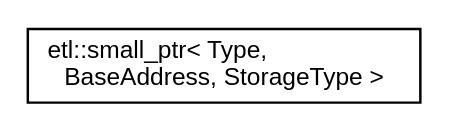
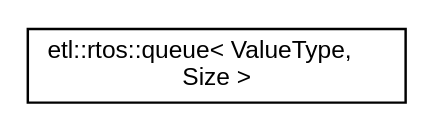
One commit to tobanteAudio/taetl changed the diagram in inherit_graph_76.dot. Above: the diagram before and after it, drawn with Graphviz. The commit also changed 223 other files, not shown here.

```diff
--- a/inherit_graph_76.dot
+++ b/inherit_graph_76.dot
@@ -1,7 +1,7 @@
 digraph "Graphical Class Hierarchy"
 {
   edge [fontname="Helvetica",fontsize="10",labelfontname="Helvetica",labelfontsize="10"];
   node [fontname="Helvetica",fontsize="10",shape=record];
   rankdir="LR";
-  Node0 [label="etl::small_ptr\< Type,\l BaseAddress, StorageType \>",height=0.2,width=0.4,color="black", fillcolor="white", style="filled",URL="$classetl_1_1small__ptr.html",tooltip="Compressed pointer to specified size. Intended to be used as a drop in replacement for native pointer..."];
+  Node0 [label="etl::rtos::queue\< ValueType,\l Size \>",height=0.2,width=0.4,color="black", fillcolor="white", style="filled",URL="$classetl_1_1rtos_1_1queue.html"];
 }
```
